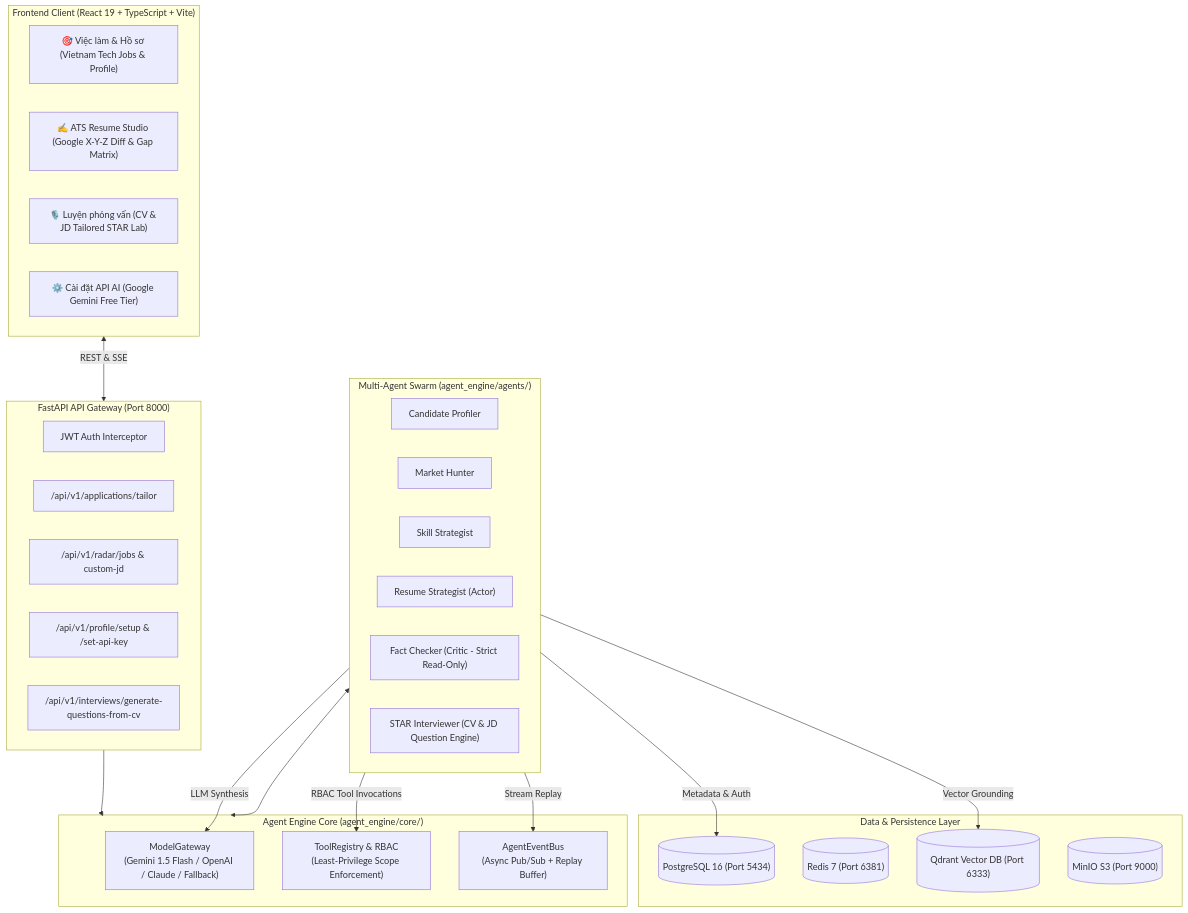
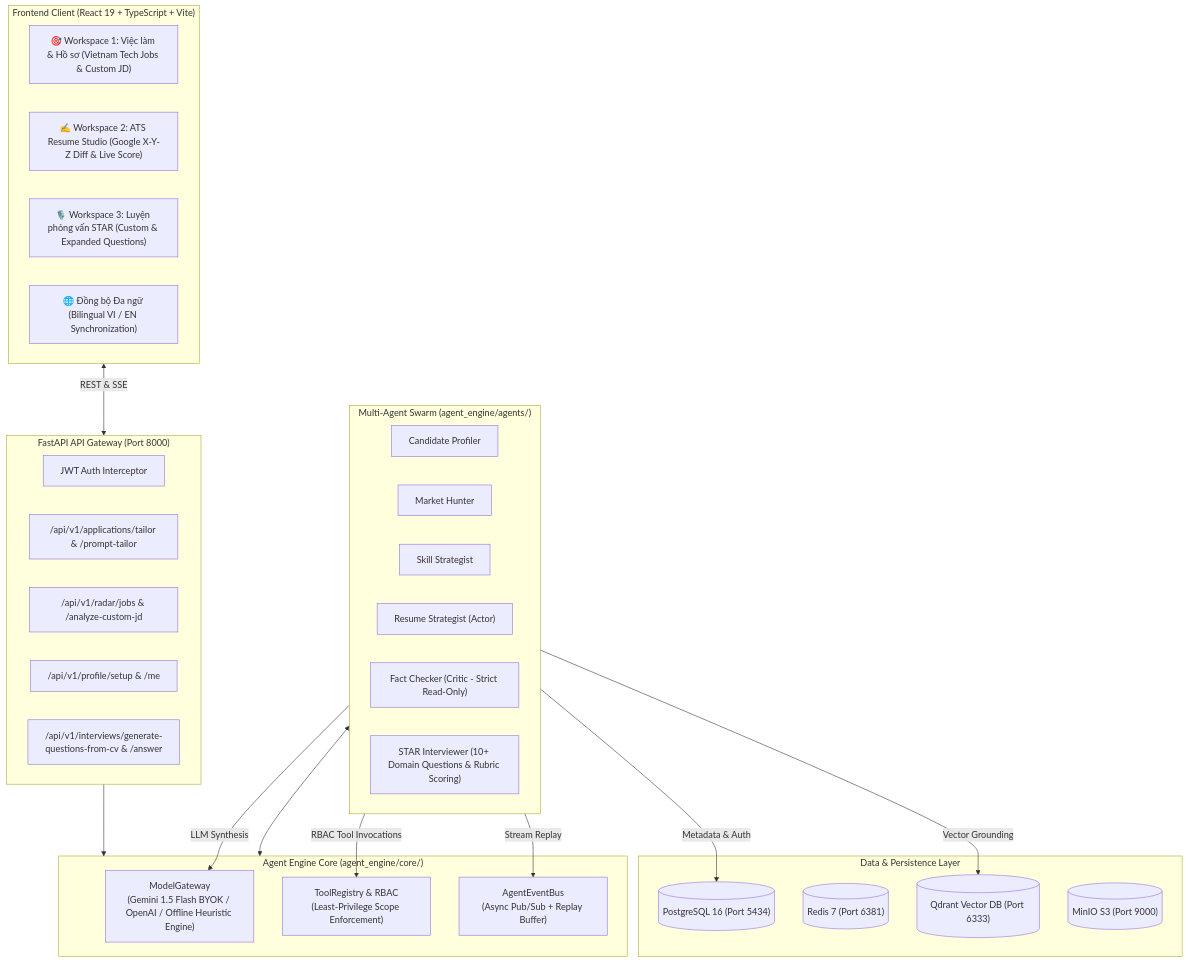
One commit to MinhTran110/career-forge changed the diagram in README.md. Above: the diagram before and after it, drawn with Mermaid. The commit also changed other lines of this file and 1 other file, not shown here.

Commit message:
docs: update README and env.example to accurately reflect current system state, BYOK architecture, and offline fallback mode

````diff
--- a/README.md
+++ b/README.md
@@ -30,48 +27,48 @@
 ```mermaid
 flowchart TD
     subgraph Client["Frontend Client (React 19 + TypeScript + Vite)"]
-        UI_Radar["🎯 Việc làm & Hồ sơ (Vietnam Tech Jobs & Profile)"]
-        UI_Editor["✍️ ATS Resume Studio (Google X-Y-Z Diff & Gap Matrix)"]
-        UI_Interview["🎙️ Luyện phỏng vấn (CV & JD Tailored STAR Lab)"]
-        UI_ApiKey["⚙️ Cài đặt API AI (Google Gemini Free Tier)"]
+        UI_Radar["🎯 Workspace 1: Việc làm & Hồ sơ (Vietnam Tech Jobs & Custom JD)"]
+        UI_Editor["✍️ Workspace 2: ATS Resume Studio (Google X-Y-Z Diff & Live Score)"]
+        UI_Interview["🎙️ Workspace 3: Luyện phỏng vấn STAR (Custom & Expanded Questions)"]
+        UI_Lang["🌐 Đồng bộ Đa ngữ (Bilingual VI / EN Synchronization)"]
     end
 
     subgraph Gateway["FastAPI API Gateway (Port 8000)"]
         Auth["JWT Auth Interceptor"]
-        AppEndpoints["/api/v1/applications/tailor"]
-        RadarEndpoints["/api/v1/radar/jobs & custom-jd"]
-        ProfileEndpoints["/api/v1/profile/setup & /set-api-key"]
-        InterviewEndpoints["/api/v1/interviews/generate-questions-from-cv"]
+        AppEndpoints["/api/v1/applications/tailor & /prompt-tailor"]
+        RadarEndpoints["/api/v1/radar/jobs & /analyze-custom-jd"]
+        ProfileEndpoints["/api/v1/profile/setup & /me"]
+        InterviewEndpoints["/api/v1/interviews/generate-questions-from-cv & /answer"]
     end
 
     subgraph CoreEngine["Agent Engine Core (agent_engine/core/)"]
-        ModelGW["ModelGateway<br/>(Gemini 1.5 Flash / OpenAI / Claude / Fallback)"]
+        ModelGW["ModelGateway<br/>(Gemini 1.5 Flash BYOK / OpenAI / Offline Heuristic Engine)"]
         ToolReg["ToolRegistry & RBAC<br/>(Least-Privilege Scope Enforcement)"]
         EventBus["AgentEventBus<br/>(Async Pub/Sub + Replay Buffer)"]
     end
 
     subgraph Swarm["Multi-Agent Swarm (agent_engine/agents/)"]
         CP["Candidate Profiler"]
         MH["Market Hunter"]
         SS["Skill Strategist"]
         RS["Resume Strategist (Actor)"]
         FC["Fact Checker (Critic - Strict Read-Only)"]
-        SI["STAR Interviewer (CV & JD Question Engine)"]
+        SI["STAR Interviewer (10+ Domain Questions & Rubric Scoring)"]
     end
 
     subgraph DataStore["Data & Persistence Layer"]
         PG[("PostgreSQL 16 (Port 5434)")]
         Redis[("Redis 7 (Port 6381)")]
         Qdrant[("Qdrant Vector DB (Port 6333)")]
         MinIO[("MinIO S3 (Port 9000)")]
     end
 
     Client <-->|REST & SSE| Gateway
     Gateway --> CoreEngine
     CoreEngine <--> Swarm
     Swarm -->|Vector Grounding| Qdrant
     Swarm -->|Metadata & Auth| PG
     Swarm -->|Stream Replay| EventBus
     Swarm -->|LLM Synthesis| ModelGW
     Swarm -->|RBAC Tool Invocations| ToolReg
 ```
````
